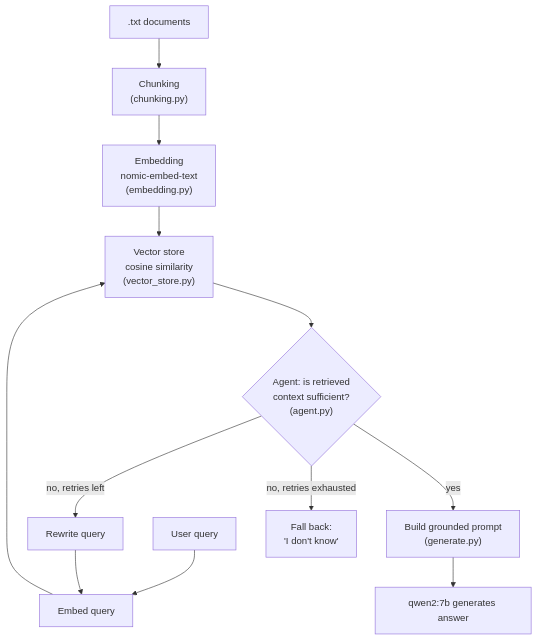
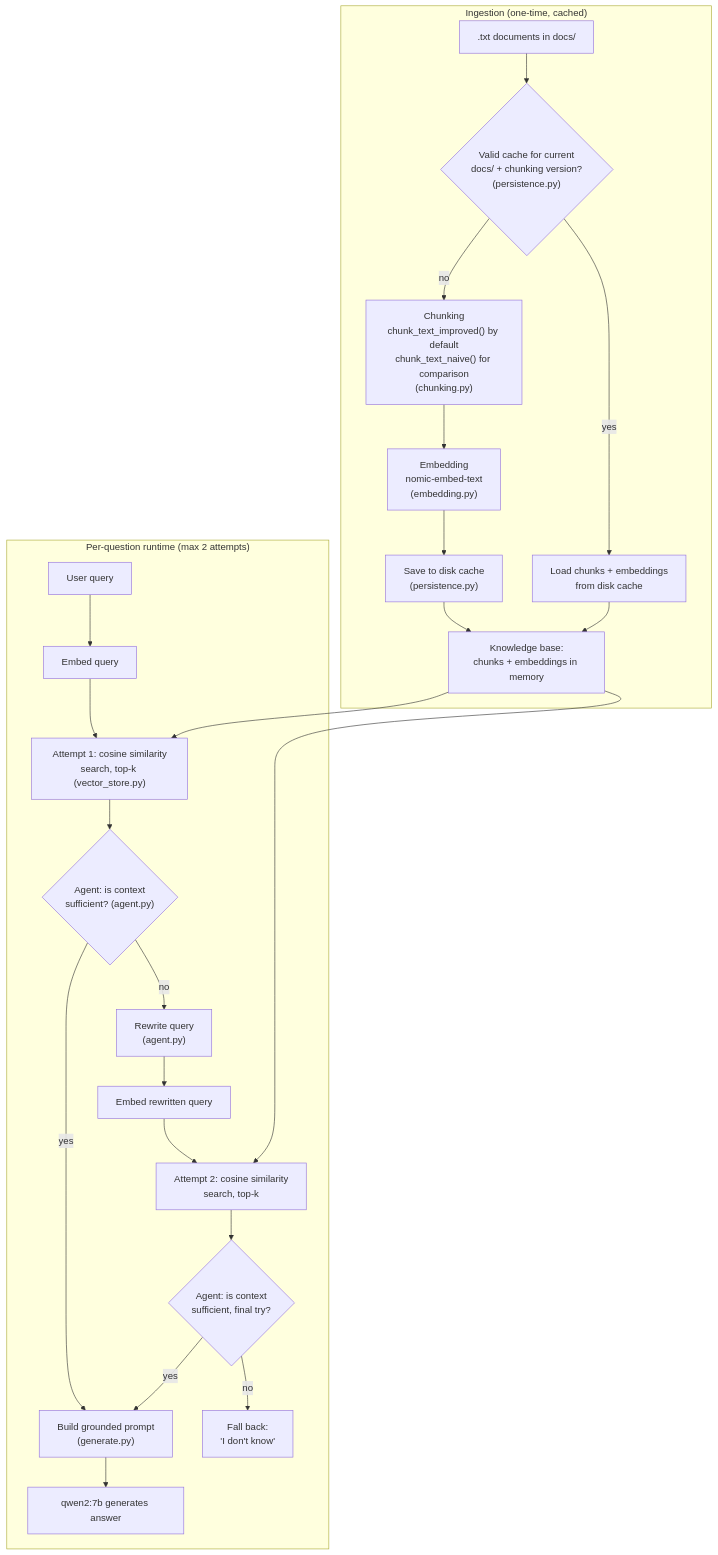
One commit to Sevdaakari/rag-from-scratch changed the diagram in README.md. Above: the diagram before and after it, drawn with Mermaid.

Commit message:
docs: redraw architecture diagram as two bounded attempts instead of a loop

````diff
--- a/README.md
+++ b/README.md
@@ -25,14 +25,28 @@
 ```mermaid
 flowchart TD
-    A[".txt documents"] --> B["Chunking<br/>(chunking.py)"]
-    B --> C["Embedding<br/>nomic-embed-text<br/>(embedding.py)"]
-    C --> D["Vector store<br/>cosine similarity<br/>(vector_store.py)"]
-    E["User query"] --> F["Embed query"]
-    F --> D
-    D --> G{"Agent: is retrieved<br/>context sufficient?<br/>(agent.py)"}
-    G -- "no, retries left" --> H["Rewrite query"]
-    H --> F
-    G -- "yes" --> I["Build grounded prompt<br/>(generate.py)"]
-    G -- "no, retries exhausted" --> J["Fall back:<br/>'I don't know'"]
-    I --> K["qwen2:7b generates answer"]
+    subgraph ING["Ingestion (one-time, cached)"]
+        A[".txt documents in docs/"] --> B{"Valid cache for current<br/>docs/ + chunking version?<br/>(persistence.py)"}
+        B -- "yes" --> Z["Load chunks + embeddings<br/>from disk cache"]
+        B -- "no" --> C["Chunking<br/>chunk_text_improved() by default<br/>chunk_text_naive() for comparison<br/>(chunking.py)"]
+        C --> D["Embedding<br/>nomic-embed-text<br/>(embedding.py)"]
+        D --> E["Save to disk cache<br/>(persistence.py)"]
+        E --> F["Knowledge base:<br/>chunks + embeddings in memory"]
+        Z --> F
+    end
+
+    subgraph QRY["Per-question runtime (max 2 attempts)"]
+        Q["User query"] --> QE1["Embed query"]
+        QE1 --> S1["Attempt 1: cosine similarity<br/>search, top-k (vector_store.py)"]
+        F --> S1
+        S1 --> J1{"Agent: is context<br/>sufficient? (agent.py)"}
+        J1 -- "yes" --> GP["Build grounded prompt<br/>(generate.py)"]
+        J1 -- "no" --> RW["Rewrite query<br/>(agent.py)"]
+        RW --> QE2["Embed rewritten query"]
+        QE2 --> S2["Attempt 2: cosine similarity<br/>search, top-k"]
+        F --> S2
+        S2 --> J2{"Agent: is context<br/>sufficient, final try?"}
+        J2 -- "yes" --> GP
+        J2 -- "no" --> IDK["Fall back:<br/>'I don't know'"]
+        GP --> ANS["qwen2:7b generates answer"]
+    end
 ```
````
